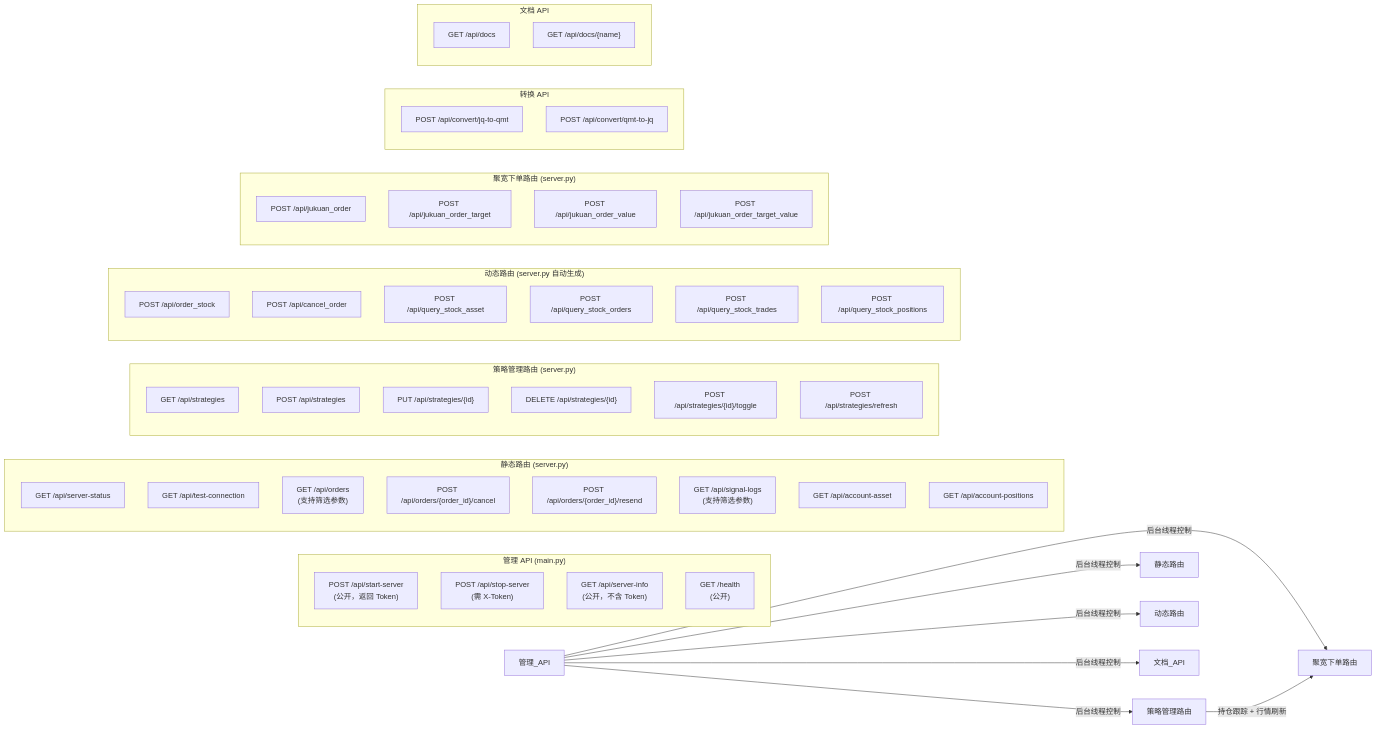
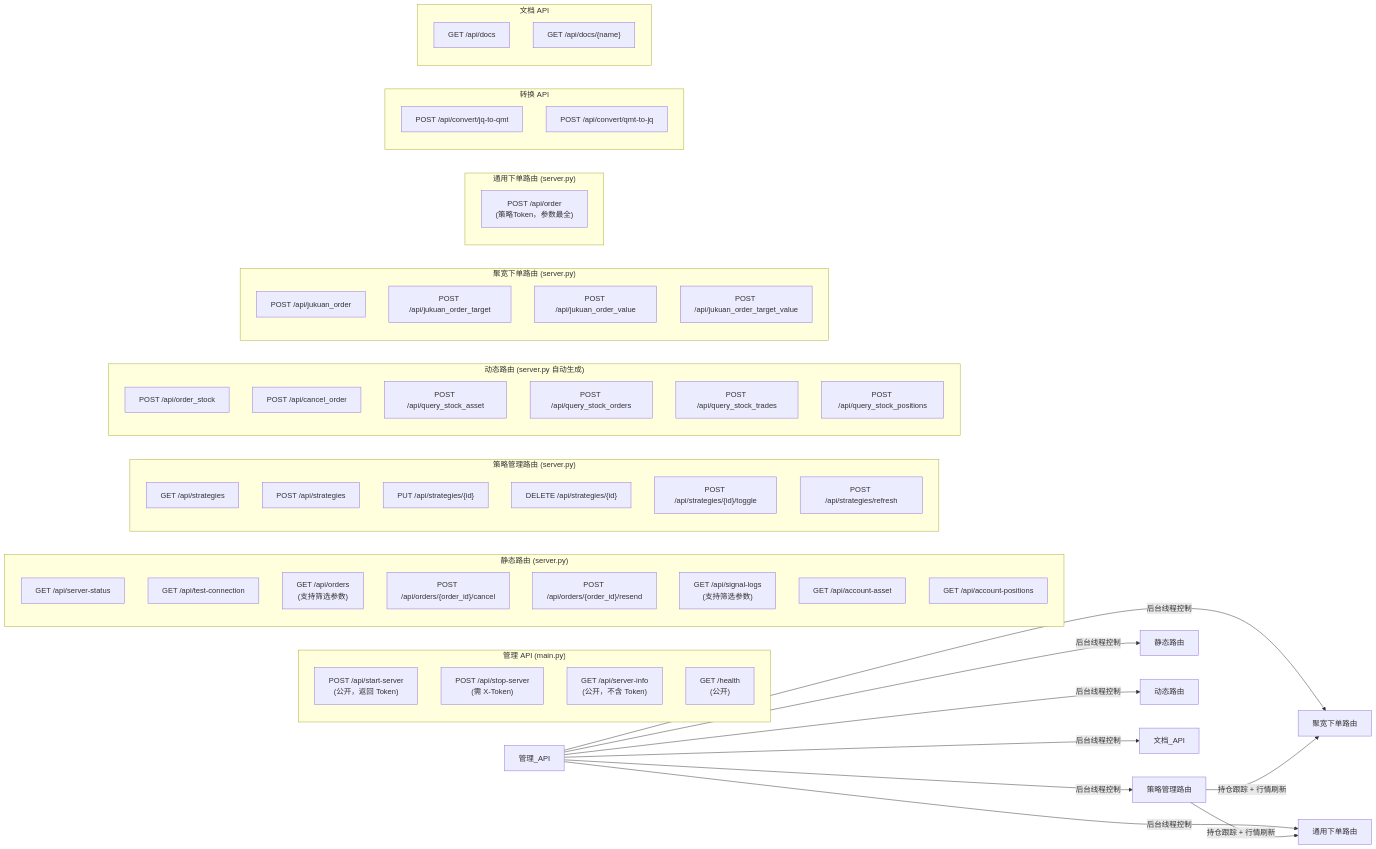
Before and after one commit to Dada-liu/QMT-Live-Assistant: the fourth of 4 diagrams in product-doc/IMPLEMENTATION_PLAN.md, drawn with Mermaid. The commit also changed other lines of this file and 16 other files, not shown here.

````diff
--- a/product-doc/IMPLEMENTATION_PLAN.md
+++ b/product-doc/IMPLEMENTATION_PLAN.md
@@ -244,62 +278,68 @@
 ```mermaid
 graph LR
     subgraph "管理 API (main.py)"
         START["POST /api/start-server<br/>(公开，返回 Token)"]
         STOP["POST /api/stop-server<br/>(需 X-Token)"]
         INFO["GET /api/server-info<br/>(公开，不含 Token)"]
         HEALTH["GET /health<br/>(公开)"]
     end
 
     subgraph "静态路由 (server.py)"
         STATUS["GET /api/server-status"]
         CONN["GET /api/test-connection"]
         ORDERS["GET /api/orders<br/>(支持筛选参数)"]
         ORDER_CANCEL["POST /api/orders/{order_id}/cancel"]
         ORDER_RESEND["POST /api/orders/{order_id}/resend"]
         SIG_LOGS["GET /api/signal-logs<br/>(支持筛选参数)"]
         ASSET["GET /api/account-asset"]
         POS["GET /api/account-positions"]
     end
 
     subgraph "策略管理路由 (server.py)"
         S_LIST["GET /api/strategies"]
         S_CREATE["POST /api/strategies"]
         S_UPDATE["PUT /api/strategies/{id}"]
         S_DELETE["DELETE /api/strategies/{id}"]
         S_TOGGLE["POST /api/strategies/{id}/toggle"]
         S_REFRESH["POST /api/strategies/refresh"]
     end
 
     subgraph "动态路由 (server.py 自动生成)"
         D1["POST /api/order_stock"]
         D2["POST /api/cancel_order"]
         D3["POST /api/query_stock_asset"]
         D4["POST /api/query_stock_orders"]
         D5["POST /api/query_stock_trades"]
         D6["POST /api/query_stock_positions"]
     end
 
     subgraph "聚宽下单路由 (server.py)"
         JK1["POST /api/jukuan_order"]
         JK2["POST /api/jukuan_order_target"]
         JK3["POST /api/jukuan_order_value"]
         JK4["POST /api/jukuan_order_target_value"]
     end
 
+    subgraph "通用下单路由 (server.py)"
+        GO["POST /api/order<br/>(策略Token，参数最全)"]
+    end
+
     subgraph "转换 API"
         JQ["POST /api/convert/jq-to-qmt"]
         QJ["POST /api/convert/qmt-to-jq"]
     end
 
     subgraph "文档 API"
         DOC_LIST["GET /api/docs"]
         DOC_GET["GET /api/docs/{name}"]
     end
 
     管理_API -->|"后台线程控制"| 策略管理路由
     管理_API -->|"后台线程控制"| 静态路由
     管理_API -->|"后台线程控制"| 动态路由
     管理_API -->|"后台线程控制"| 聚宽下单路由
+    管理_API -->|"后台线程控制"| 通用下单路由
     管理_API -->|"后台线程控制"| 文档_API
     策略管理路由 -->|"持仓跟踪 + 行情刷新"| 聚宽下单路由
+    策略管理路由 -->|"持仓跟踪 + 行情刷新"| 通用下单路由
 ```
````
